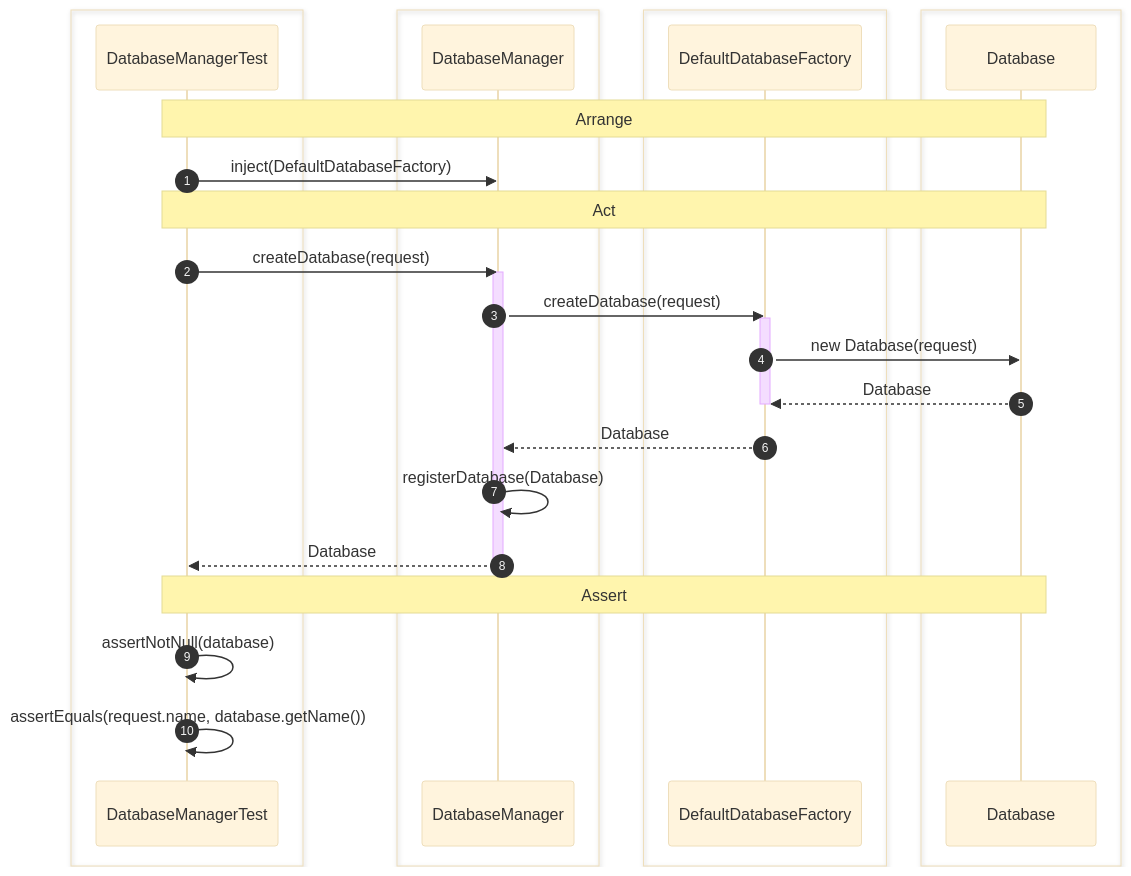
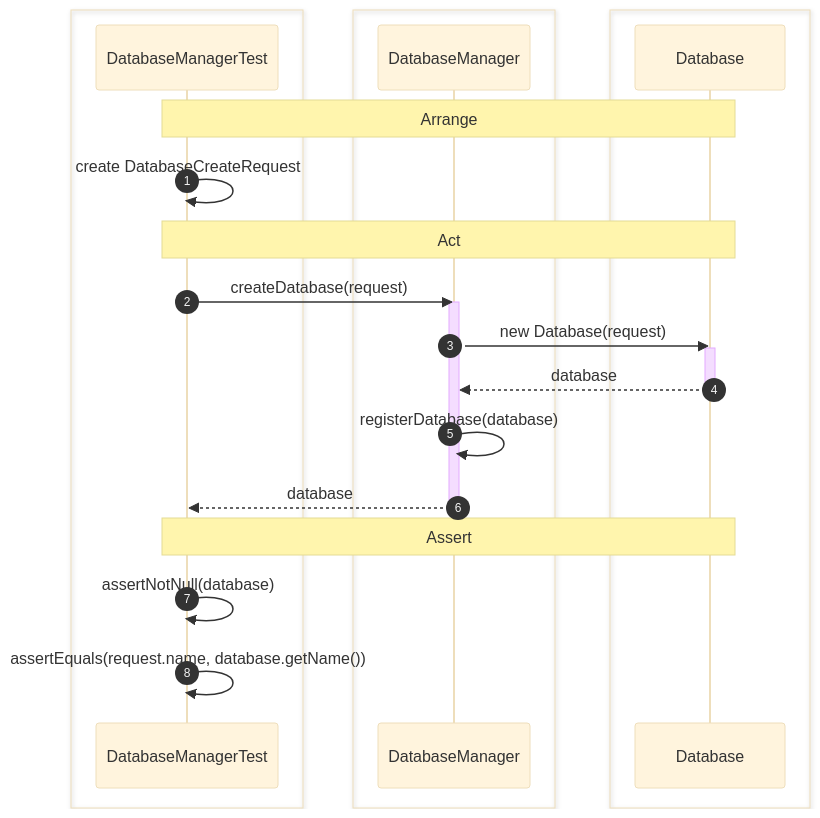
Before and after one commit to Huy1801214/dbms-architecture: the ninth of 46 diagrams in docs/sequence/db-server.md, drawn with Mermaid (base theme). The commit also changed 5 other files, not shown here.

````diff
--- a/docs/sequence/db-server.md
+++ b/docs/sequence/db-server.md
@@ -128,50 +128,39 @@
 ```mermaid
 sequenceDiagram
     autonumber
 
     box #e1f5fe Test Suite
     participant Test as DatabaseManagerTest
     end
 
     box #e3f2fd Database Manager
     participant DM as DatabaseManager
     end
 
-    box #fff3e0 Factory
-    participant DF as DefaultDatabaseFactory
-    end
-
     box #e8f5e9 Domain
     participant DB as Database
     end
 
     Note over Test,DB: Arrange
-    Test->>DM: inject(DefaultDatabaseFactory)
+    Test->>Test: create DatabaseCreateRequest
 
     Note over Test,DB: Act
     Test->>DM: createDatabase(request)
 
     activate DM
 
-    DM->>DF: createDatabase(request)
+    DM->>DB: new Database(request)
+    activate DB
+    DB-->>DM: database
+    deactivate DB
 
-    activate DF
+    DM->>DM: registerDatabase(database)
 
-    DF->>DB: new Database(request)
-
-    DB-->>DF: Database
-
-    deactivate DF
-
-    DF-->>DM: Database
-
-    DM->>DM: registerDatabase(Database)
-
-    DM-->>Test: Database
+    DM-->>Test: database
 
     deactivate DM
 
     Note over Test,DB: Assert
     Test->>Test: assertNotNull(database)
     Test->>Test: assertEquals(request.name, database.getName())
 ```
````
